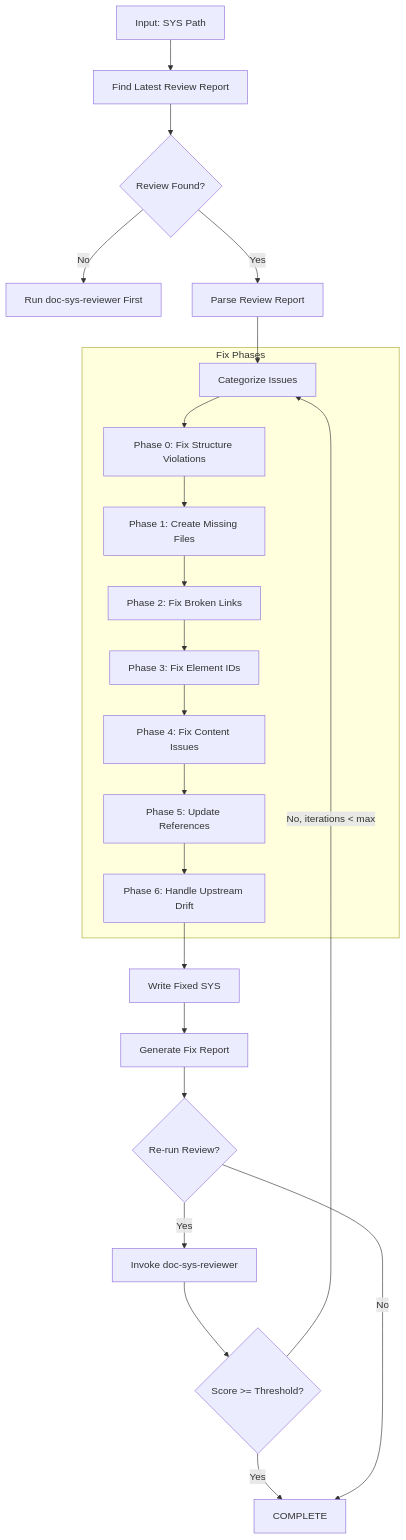
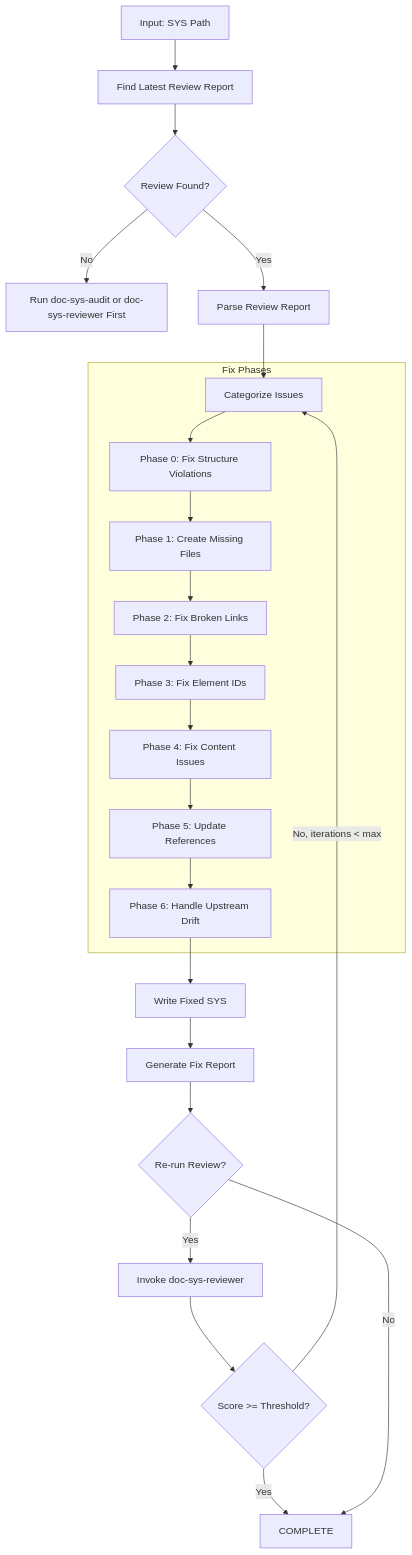
Before and after one commit to vladm3105/aidoc-flow-framework: the first of 3 diagrams in .claude/skills/doc-sys-fixer/SKILL.md, drawn with Mermaid. The commit also changed other lines of this file and 12 other files, not shown here.

Commit message:
feat(skills): add ADR/SYS audit wrappers and align parity contracts

````diff
--- a/.claude/skills/doc-sys-fixer/SKILL.md
+++ b/.claude/skills/doc-sys-fixer/SKILL.md
@@ -66,28 +69,28 @@
 ```mermaid
 flowchart TD
     A[Input: SYS Path] --> B[Find Latest Review Report]
     B --> C{Review Found?}
-    C -->|No| D[Run doc-sys-reviewer First]
+  C -->|No| D[Run doc-sys-audit or doc-sys-reviewer First]
     C -->|Yes| E[Parse Review Report]
 
     E --> F[Categorize Issues]
 
     subgraph FixPhases["Fix Phases"]
         F --> F0[Phase 0: Fix Structure Violations]
         F0 --> G[Phase 1: Create Missing Files]
         G --> H[Phase 2: Fix Broken Links]
         H --> I[Phase 3: Fix Element IDs]
         I --> J[Phase 4: Fix Content Issues]
         J --> K[Phase 5: Update References]
         K --> K2[Phase 6: Handle Upstream Drift]
     end
 
     K2 --> L[Write Fixed SYS]
     L --> M[Generate Fix Report]
     M --> N{Re-run Review?}
     N -->|Yes| O[Invoke doc-sys-reviewer]
     O --> P{Score >= Threshold?}
     P -->|No, iterations < max| F
     P -->|Yes| Q[COMPLETE]
     N -->|No| Q
 ```
````
